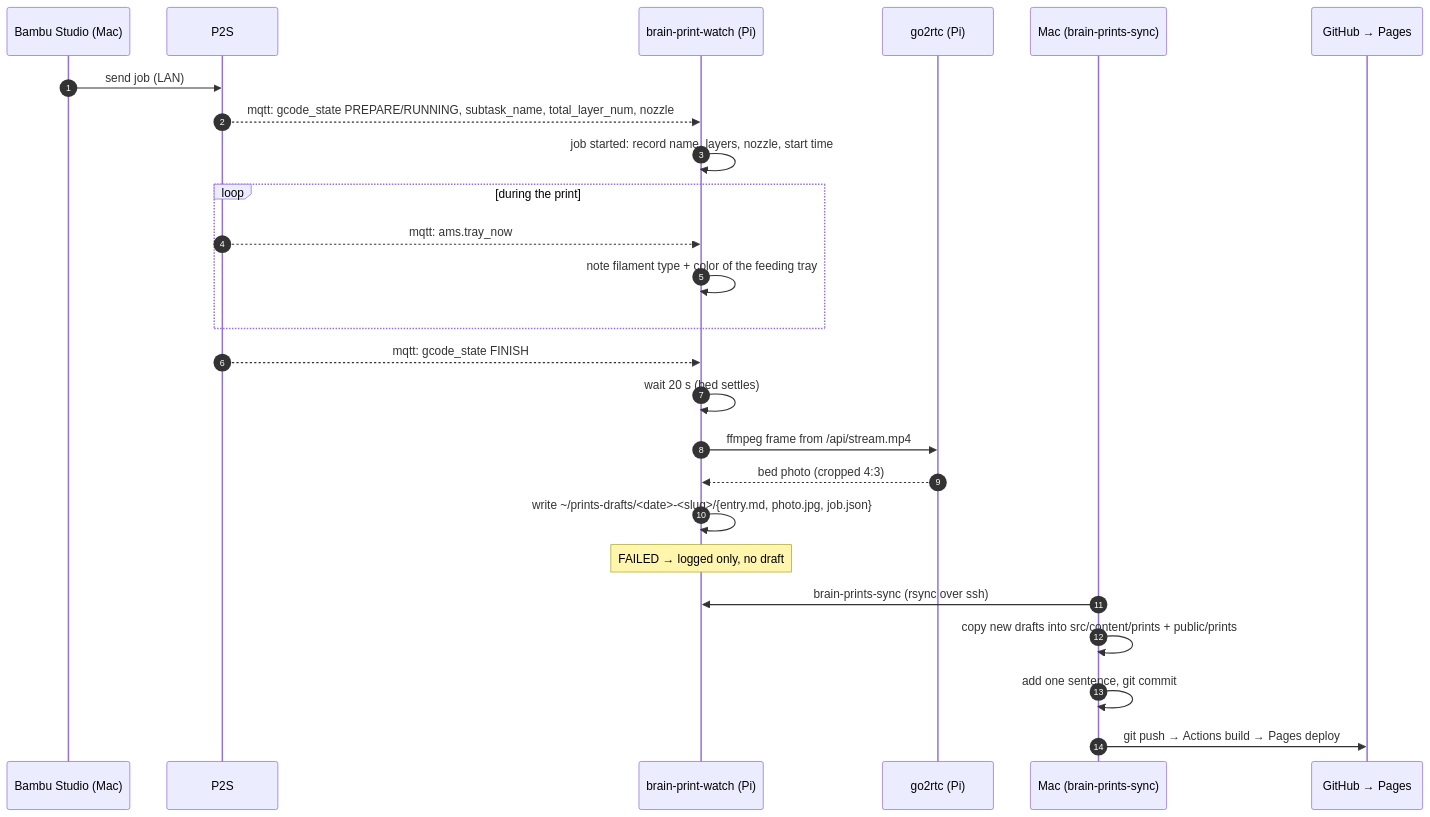
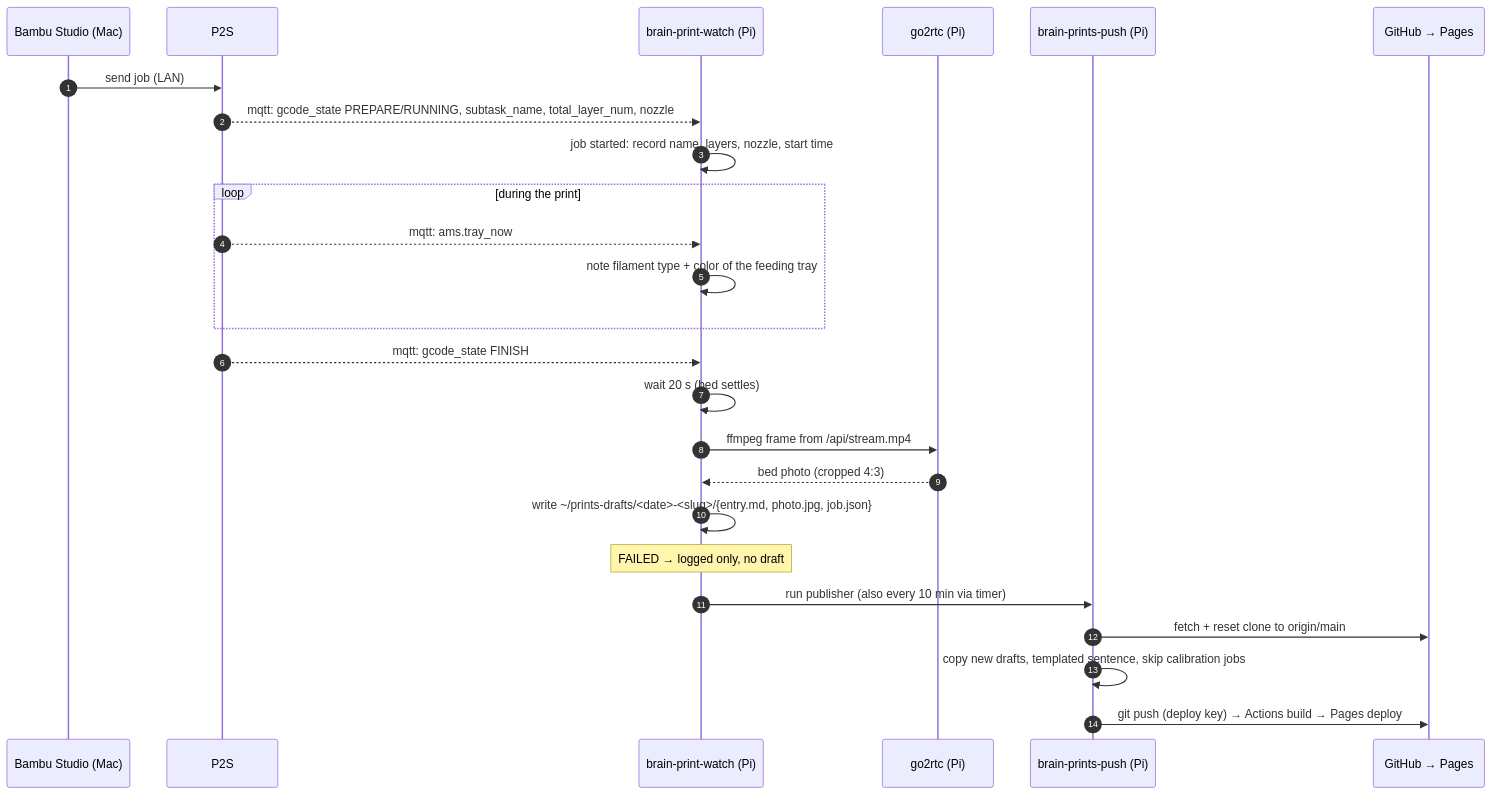
Before and after one commit to jtembry/embry.dev: the third of 4 diagrams in docs/architecture.md, drawn with Mermaid. The commit also changed other lines of this file, not shown here.

Commit message:
docs: gallery sequence and services table reflect Pi publishing

````diff
--- a/docs/architecture.md
+++ b/docs/architecture.md
@@ -75,28 +75,28 @@
 ```mermaid
 sequenceDiagram
   autonumber
   participant S as Bambu Studio (Mac)
   participant P as P2S
   participant W as brain-print-watch (Pi)
   participant G as go2rtc (Pi)
-  participant M as Mac (brain-prints-sync)
+  participant U as brain-prints-push (Pi)
   participant GH as GitHub → Pages
 
   S->>P: send job (LAN)
   P-->>W: mqtt: gcode_state PREPARE/RUNNING, subtask_name, total_layer_num, nozzle
   W->>W: job started: record name, layers, nozzle, start time
   loop during the print
     P-->>W: mqtt: ams.tray_now
     W->>W: note filament type + color of the feeding tray
   end
   P-->>W: mqtt: gcode_state FINISH
   W->>W: wait 20 s (bed settles)
   W->>G: ffmpeg frame from /api/stream.mp4
   G-->>W: bed photo (cropped 4:3)
   W->>W: write ~/prints-drafts/<date>-<slug>/{entry.md, photo.jpg, job.json}
   Note over W: FAILED → logged only, no draft
-  M->>W: brain-prints-sync (rsync over ssh)
-  M->>M: copy new drafts into src/content/prints + public/prints
-  M->>M: add one sentence, git commit
-  M->>GH: git push → Actions build → Pages deploy
+  W->>U: run publisher (also every 10 min via timer)
+  U->>GH: fetch + reset clone to origin/main
+  U->>U: copy new drafts, templated sentence, skip calibration jobs
+  U->>GH: git push (deploy key) → Actions build → Pages deploy
 ```
````
